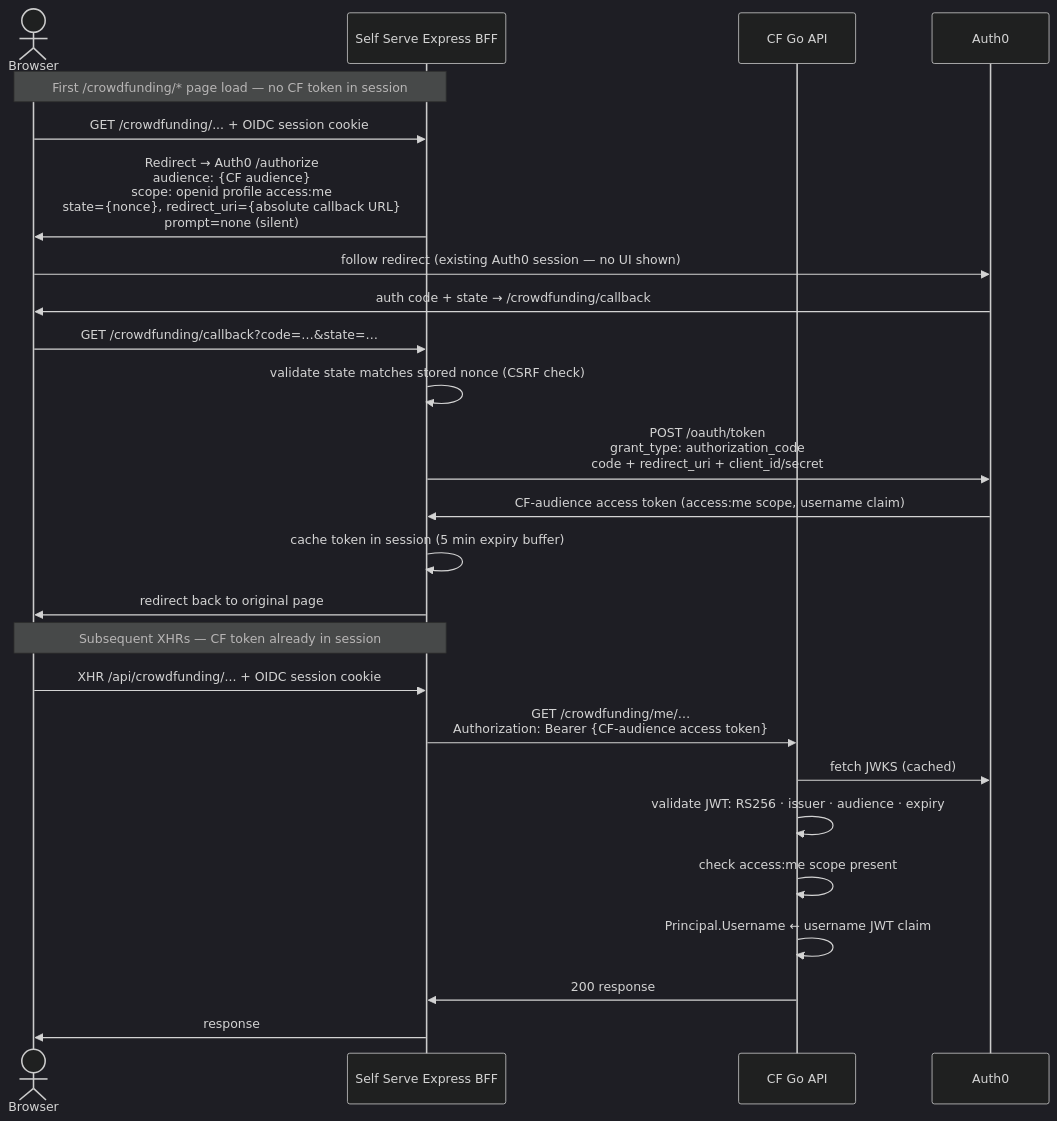
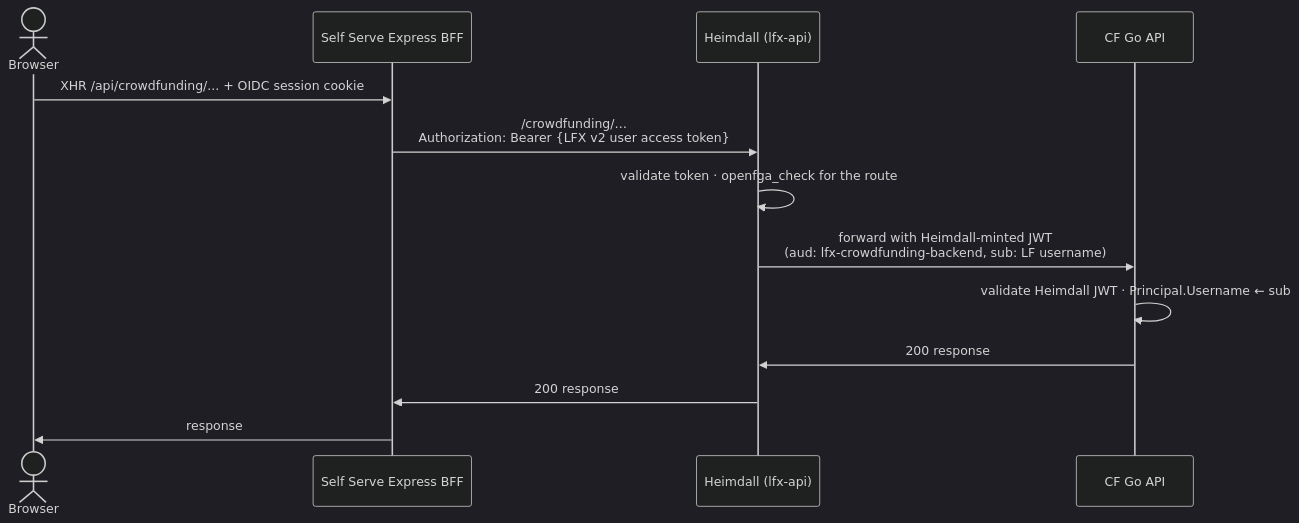
One commit to linuxfoundation/lfx-crowdfunding changed the fifth of 8 diagrams in docs/authentication-architecture.md. Above: the diagram before and after it, drawn with Mermaid (dark theme). The commit also changed other lines of this file and 1 other file, not shown here.

First line of the commit message:
docs(auth): describe self serve's single-token flow via heimdall

````diff
--- a/docs/authentication-architecture.md
+++ b/docs/authentication-architecture.md
@@ -215,29 +205,16 @@
 ```mermaid
 sequenceDiagram
     actor User as Browser
     participant SSBFF as Self Serve Express BFF
+    participant GW as Heimdall (lfx-api)
     participant API as CF Go API
-    participant Auth0
 
-    Note over User,SSBFF: First /crowdfunding/* page load — no CF token in session
-    User->>SSBFF: GET /crowdfunding/... + OIDC session cookie
-    SSBFF->>User: Redirect → Auth0 /authorize<br/>audience: {CF audience}<br/>scope: openid profile access:me<br/>state={nonce}, redirect_uri={absolute callback URL}<br/>prompt=none (silent)
-    User->>Auth0: follow redirect (existing Auth0 session — no UI shown)
-    Auth0->>User: auth code + state → /crowdfunding/callback
-    User->>SSBFF: GET /crowdfunding/callback?code=…&state=…
-    SSBFF->>SSBFF: validate state matches stored nonce (CSRF check)
-    SSBFF->>Auth0: POST /oauth/token<br/>grant_type: authorization_code<br/>code + redirect_uri + client_id/secret
-    Auth0->>SSBFF: CF-audience access token (access:me scope, username claim)
-    SSBFF->>SSBFF: cache token in session (5 min expiry buffer)
-    SSBFF->>User: redirect back to original page
-
-    Note over User,SSBFF: Subsequent XHRs — CF token already in session
     User->>SSBFF: XHR /api/crowdfunding/... + OIDC session cookie
-    SSBFF->>API: GET /crowdfunding/me/…<br/>Authorization: Bearer {CF-audience access token}
-    API->>Auth0: fetch JWKS (cached)
-    API->>API: validate JWT: RS256 · issuer · audience · expiry
-    API->>API: check access:me scope present
-    API->>API: Principal.Username ← username JWT claim
-    API->>SSBFF: 200 response
+    SSBFF->>GW: /crowdfunding/…<br/>Authorization: Bearer {LFX v2 user access token}
+    GW->>GW: validate token · openfga_check for the route
+    GW->>API: forward with Heimdall-minted JWT<br/>(aud: lfx-crowdfunding-backend, sub: LF username)
+    API->>API: validate Heimdall JWT · Principal.Username ← sub
+    API->>GW: 200 response
+    GW->>SSBFF: 200 response
     SSBFF->>User: response
 ```
````
